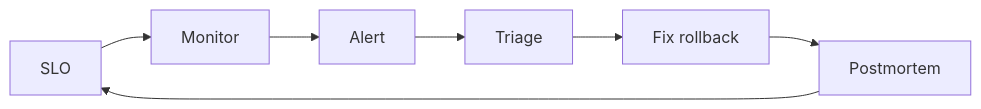
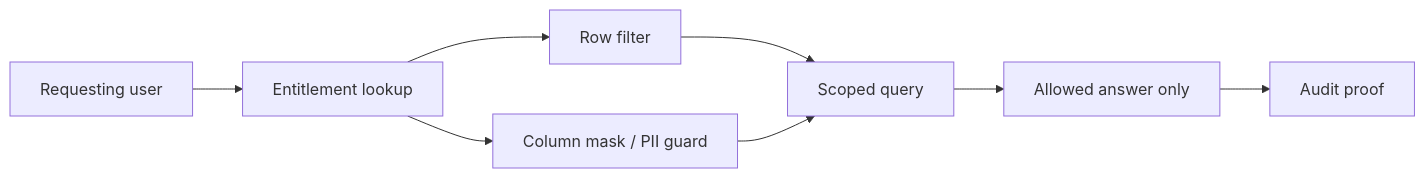
Before and after one commit to abhisheksaini333/datavalue-chain-revision-pack-daywise: the sixth of 12 diagrams in day4/end-of-day-revision-and-study-pack.md, drawn with Mermaid. The commit also changed other lines of this file, not shown here.

````diff
--- a/day4/end-of-day-revision-and-study-pack.md
+++ b/day4/end-of-day-revision-and-study-pack.md
@@ -108,9 +315,10 @@
 ```mermaid
 flowchart LR
-    SLO[SLO] --> Monitor[Monitor]
-    Monitor --> Alert[Alert]
-    Alert --> Triage[Triage]
-    Triage --> Fix[Fix rollback]
-    Fix --> Postmortem[Postmortem]
-    Postmortem --> SLO
+    User[Requesting user] --> Entitlement[Entitlement lookup]
+    Entitlement --> RowFilter[Row filter]
+    Entitlement --> ColumnMask[Column mask / PII guard]
+    RowFilter --> Query[Scoped query]
+    ColumnMask --> Query
+    Query --> Answer[Allowed answer only]
+    Answer --> Audit[Audit proof]
 ```
````
